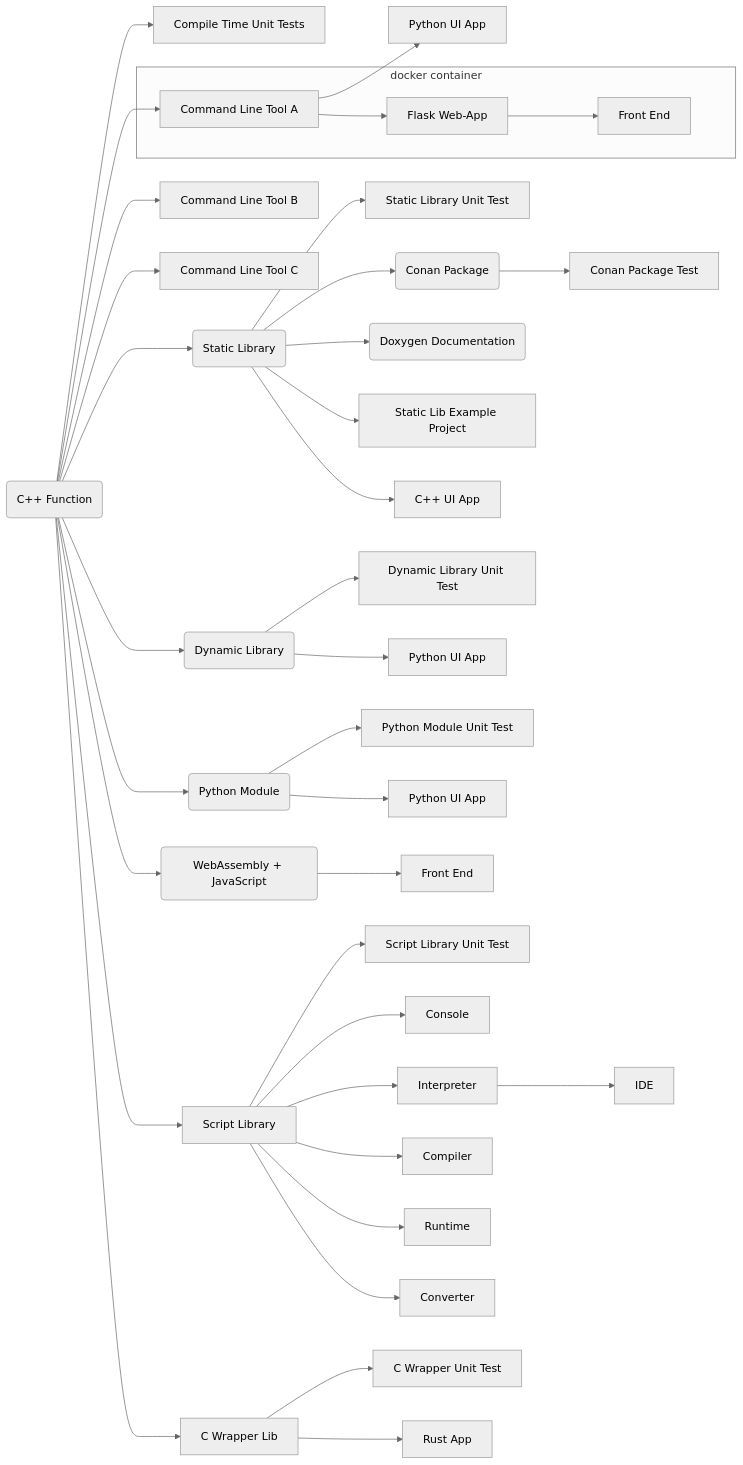
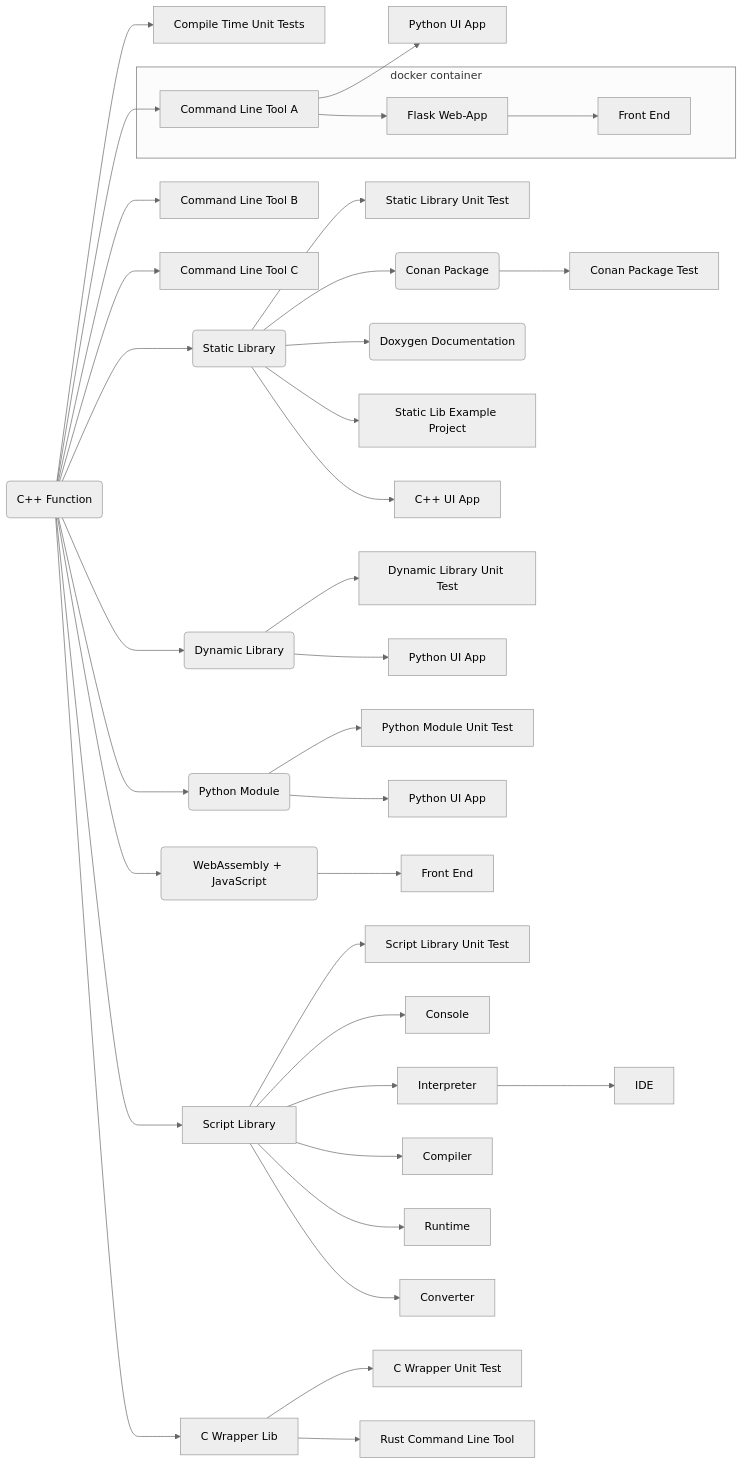
One commit to SebastianBach/full-stack changed the diagram in README.md. Above: the diagram before and after it, drawn with Mermaid (neutral theme). The commit also changed other lines of this file and 18 other files, not shown here.

````diff
--- a/README.md
+++ b/README.md
@@ -44,54 +44,54 @@
 ```mermaid
   flowchart LR;
 
     F(C++ Function) --> CUT[Compile Time Unit Tests];
 
     F --> CLI1[Command Line Tool A]
     F --> CLI2[Command Line Tool B]
     F --> CLI3[Command Line Tool C]
 
     CLI1 --> PYAPP2[Python UI App]
 
     F --> LIB(Static Library)
 
     LIB --> LIBTEST[Static Library Unit Test]
     LIB --> C(Conan Package)
     LIB --> DOXYGEN(Doxygen Documentation)
     LIB --> LIBEX[Static Lib Example Project]
 
     LIB --> QTCPP[C++ UI App]
 
     F --> DLL(Dynamic Library)
     DLL --> DLLTEST[Dynamic Library Unit Test]
     DLL --> QTPYDLL[Python UI App]
 
     C --> CT[Conan Package Test]
 
     F --> PY(Python Module)
 
     subgraph docker container
     CLI1 --> SERVER[Flask Web-App]
     SERVER --> FRONT[Front End]
     end
 
     PY --> PYTEST[Python Module Unit Test]
     PY --> PYAPP[Python UI App]
 
     F --> WASM(WebAssembly + JavaScript)
 
     WASM --> WASMF[Front End]
 
     F --> SCRIPTLIB[Script Library]
 
     SCRIPTLIB --> SCRIPT_TEST[Script Library Unit Test]
     SCRIPTLIB --> SCRIPT_CONSOLE[Console]
     SCRIPTLIB --> SCRIPT_INTERPRETER[Interpreter]
     SCRIPT_INTERPRETER --> SCRIPT_IDE[IDE]
     SCRIPTLIB --> SCRIPT_COMPILER[Compiler]
     SCRIPTLIB --> SCRIPT_RUNTIME[Runtime]
     SCRIPTLIB --> SCRIPT_CONVERT[Converter]
 
     F --> CWRAPPER[C Wrapper Lib]
     CWRAPPER --> CWRAPPER_TEST[C Wrapper Unit Test]
-    CWRAPPER --> RUST_APP[Rust App]  
+    CWRAPPER --> RUST_APP[Rust Command Line Tool]  
 ```
````
